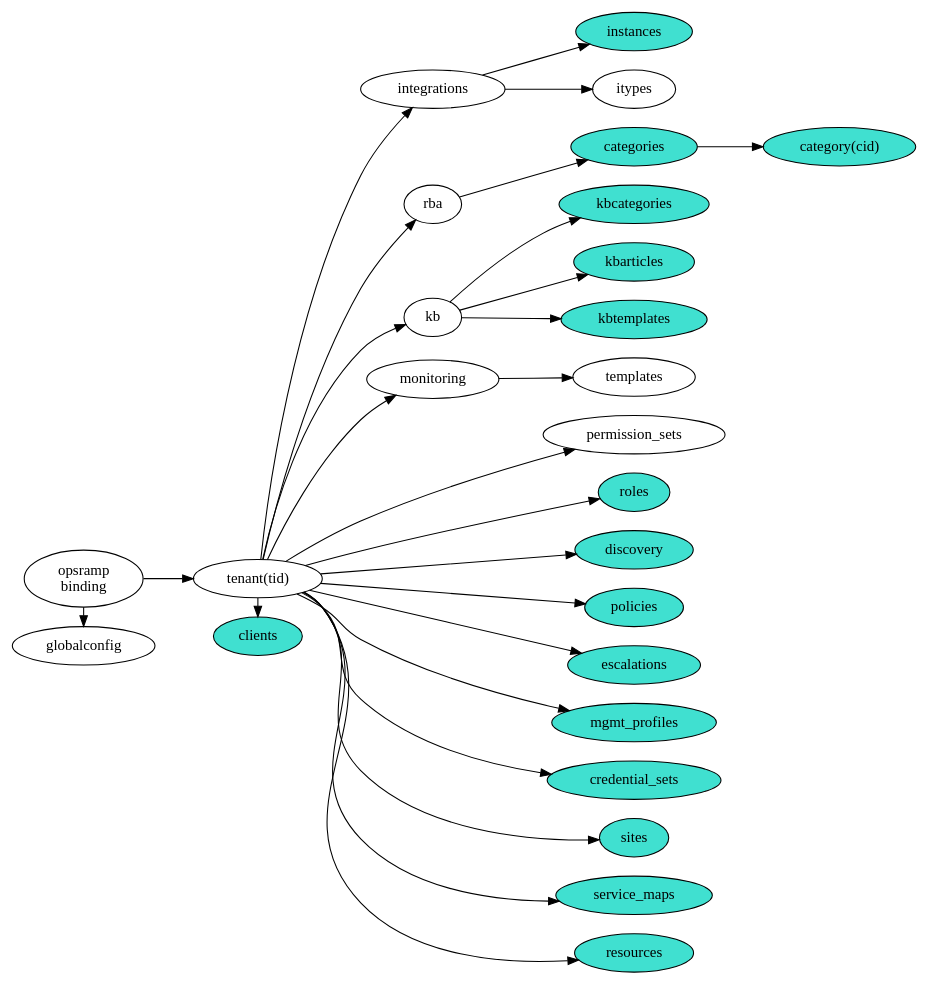
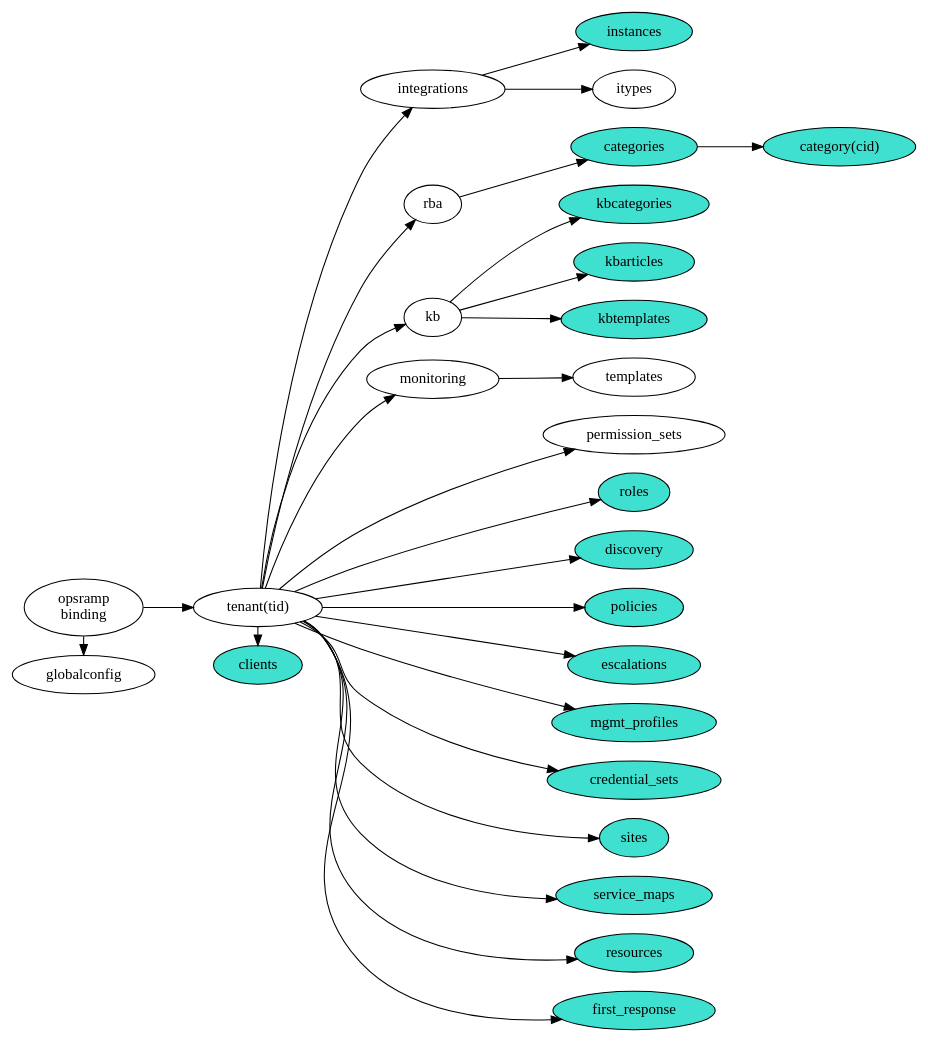
The diagram in classes.dot (HewlettPackard/python-opsramp), drawn with Graphviz before and after one commit. The commit also changed 11 other files, not shown here.

Commit message:
adding first response policy API

```diff
--- a/classes.dot
+++ b/classes.dot
@@ -1,53 +1,54 @@
 # classes.dot
 # An input file for graphviz that produces a diagram of the relationship
 # between the various classes in the python-opsramp language binding.
 #
 # (c) Copyright 2019-2020 Hewlett Packard Enterprise Development LP
 #
 # Licensed under the Apache License, Version 2.0 (the "License");
 # you may not use this file except in compliance with the License.
 # You may obtain a copy of the License at
 #
 #     http://www.apache.org/licenses/LICENSE-2.0
 #
 # Unless required by applicable law or agreed to in writing, software
 # distributed under the License is distributed on an "AS IS" BASIS,
 # WITHOUT WARRANTIES OR CONDITIONS OF ANY KIND, either express or implied.
 # See the License for the specific language governing permissions and
 # limitations under the License.
 #
 digraph {
   rankdir="LR";
   binding -> { globalconfig tenant }
-  tenant -> { clients integrations rba kb monitoring permission_sets roles discovery policies escalations mgmt_profiles credential_sets sites service_maps resources}
+  tenant -> { clients integrations rba kb monitoring permission_sets roles discovery policies escalations mgmt_profiles credential_sets sites service_maps resources first_response}
   rba -> categories
   categories -> category
   monitoring -> templates
   integrations -> { instances itypes }
   kb -> kbcategories
   kb -> kbarticles
   kb -> kbtemplates
 
   { rank=same binding globalconfig }
   { rank=same tenant clients }
-  { rank=same categories templates policies itypes instances discovery credential_sets permission_sets roles escalations mgmt_profiles sites service_maps resources}
+  { rank=same categories templates policies itypes instances discovery credential_sets permission_sets roles escalations mgmt_profiles sites service_maps resources first_response}
 
   binding [label="opsramp\nbinding"]
   tenant [label="tenant(tid)"]
   category [label="category(cid)" style="filled" fillcolor="turquoise"]
   instances [style="filled" fillcolor="turquoise"]
   categories [style="filled" fillcolor="turquoise"]
   policies [style="filled" fillcolor="turquoise"]
   clients [style="filled" fillcolor="turquoise"]
   discovery [style="filled" fillcolor="turquoise"]
   credential_sets [style="filled" fillcolor="turquoise"]
   roles [style="filled" fillcolor="turquoise"]
   escalations [style="filled" fillcolor="turquoise"]
   mgmt_profiles [style="filled" fillcolor="turquoise"]
   sites [style="filled" fillcolor="turquoise"]
   service_maps [style="filled" fillcolor="turquoise"]
   kbcategories [style="filled" fillcolor="turquoise"]
   kbarticles [style="filled" fillcolor="turquoise"]
   kbtemplates [style="filled" fillcolor="turquoise"]
   resources [style="filled" fillcolor="turquoise"]
+  first_response [style="filled" fillcolor="turquoise"]
 }
```
